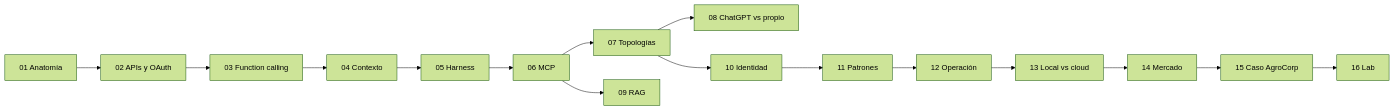
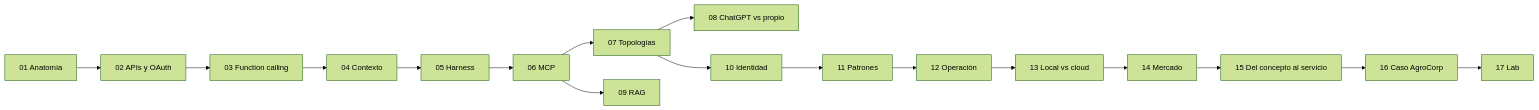
One commit to PatricioCabrera/manual-ia changed the diagram in docs/index.md. Above: the diagram before and after it, drawn with Mermaid (forest theme). The commit also changed other lines of this file and 9 other files, not shown here.

````diff
--- a/docs/index.md
+++ b/docs/index.md
@@ -32,18 +32,19 @@
 ```mermaid
 flowchart LR
     A[01 Anatomía] --> B[02 APIs y OAuth]
     B --> C[03 Function calling]
     C --> D[04 Contexto]
     D --> E[05 Harness]
     E --> F[06 MCP]
     F --> G[07 Topologías]
     G --> H[08 ChatGPT vs propio]
     F --> I[09 RAG]
     G --> J[10 Identidad]
     J --> K[11 Patrones]
     K --> L[12 Operación]
     L --> M[13 Local vs cloud]
     M --> N[14 Mercado]
-    N --> O[15 Caso AgroCorp]
-    O --> P[16 Lab]
+    N --> S[15 Del concepto al servicio]
+    S --> O[16 Caso AgroCorp]
+    O --> P[17 Lab]
 ```
````
